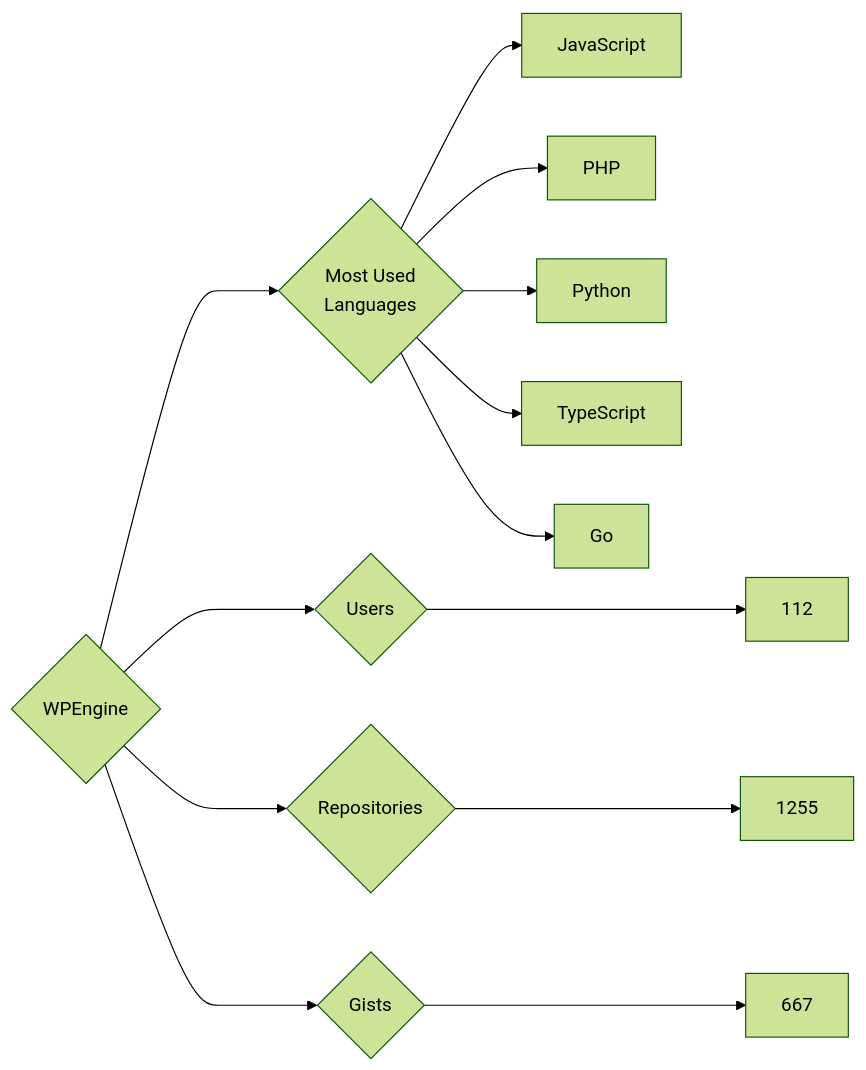
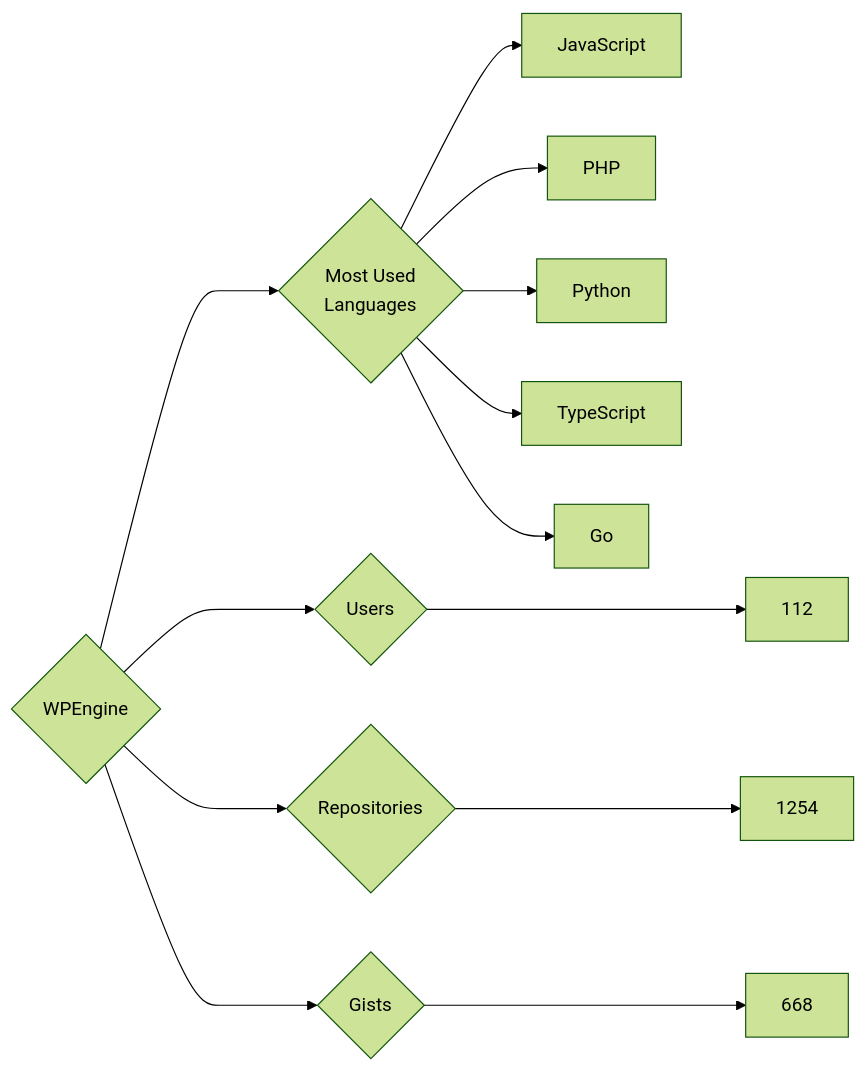
One commit to trickest/insiders changed the diagram in targets/WPEngine/README.md. Above: the diagram before and after it, drawn with Mermaid (forest theme). The commit also changed 898 other files, not shown here.

````diff
--- a/targets/WPEngine/README.md
+++ b/targets/WPEngine/README.md
@@ -3,13 +3,13 @@
 ```mermaid
 graph LR
 COMPANY_NAME{WPEngine}
 COMPANY_NAME ---> U{Users} ---> UN[112]
-COMPANY_NAME ---> R{Repositories} ---> RN[1255]
-COMPANY_NAME ---> G{Gists} ---> GN[667]
+COMPANY_NAME ---> R{Repositories} ---> RN[1254]
+COMPANY_NAME ---> G{Gists} ---> GN[668]
 COMPANY_NAME ---> ML{Most Used<br>Languages}
 ML --> JavaScript[JavaScript]
 ML --> PHP[PHP]
 ML --> Python[Python]
 ML --> TypeScript[TypeScript]
 ML --> Go[Go]
 ```
````
